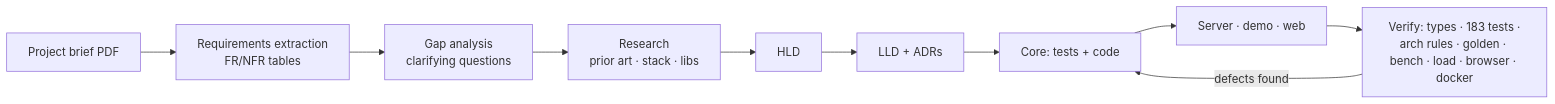
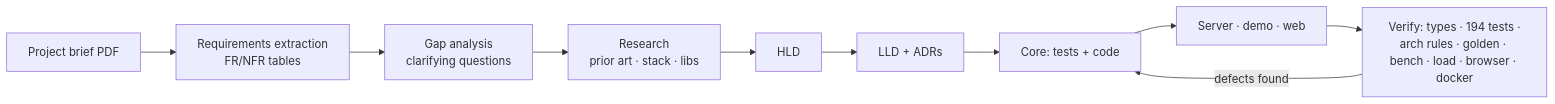
One commit to SarthakB11/gamenotify changed the diagram in docs/ai-process/process.md. Above: the diagram before and after it, drawn with Mermaid. The commit also changed other lines of this file and 5 other files, not shown here.

````diff
--- a/docs/ai-process/process.md
+++ b/docs/ai-process/process.md
@@ -7,12 +7,12 @@
 ```mermaid
 flowchart LR
   A[Project brief PDF] --> B[Requirements extraction<br/>FR/NFR tables]
   B --> C[Gap analysis<br/>clarifying questions]
   C --> D[Research<br/>prior art · stack · libs]
   D --> E[HLD]
   E --> F[LLD + ADRs]
   F --> G[Core: tests + code]
   G --> H[Server · demo · web]
-  H --> I[Verify: types · 183 tests ·<br/>arch rules · golden · bench · load · browser · docker]
+  H --> I[Verify: types · 194 tests ·<br/>arch rules · golden · bench · load · browser · docker]
   I -->|defects found| G
 ```
````
